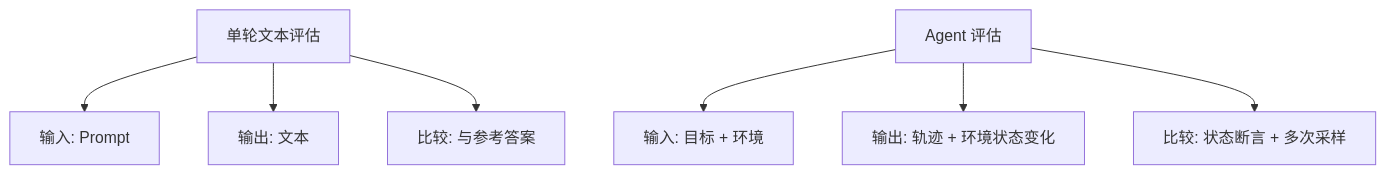
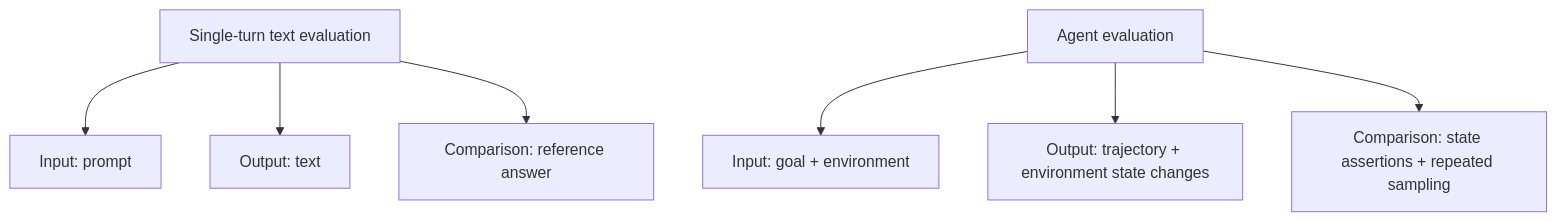
The first of 7 diagrams in docs/agent/05-production/14-agent-evaluation.md (oneleaveknowsthefall/awesome-ai-roadmap), drawn with Mermaid before and after one commit. The commit also changed other lines of this file and 68 other files, not shown here.

````diff
--- a/docs/agent/05-production/14-agent-evaluation.md
+++ b/docs/agent/05-production/14-agent-evaluation.md
@@ -23,10 +23,10 @@
 ```mermaid
 flowchart TB
-    LLM[单轮文本评估] --> L1[输入: Prompt]
-    LLM --> L2[输出: 文本]
-    LLM --> L3[比较: 与参考答案]
+    LLM[Single-turn text evaluation] --> L1[Input: prompt]
+    LLM --> L2[Output: text]
+    LLM --> L3[Comparison: reference answer]
 
-    AG[Agent 评估] --> A1[输入: 目标 + 环境]
-    AG --> A2[输出: 轨迹 + 环境状态变化]
-    AG --> A3[比较: 状态断言 + 多次采样]
+    AG[Agent evaluation] --> A1[Input: goal + environment]
+    AG --> A2[Output: trajectory + environment state changes]
+    AG --> A3[Comparison: state assertions + repeated sampling]
 ```
````
